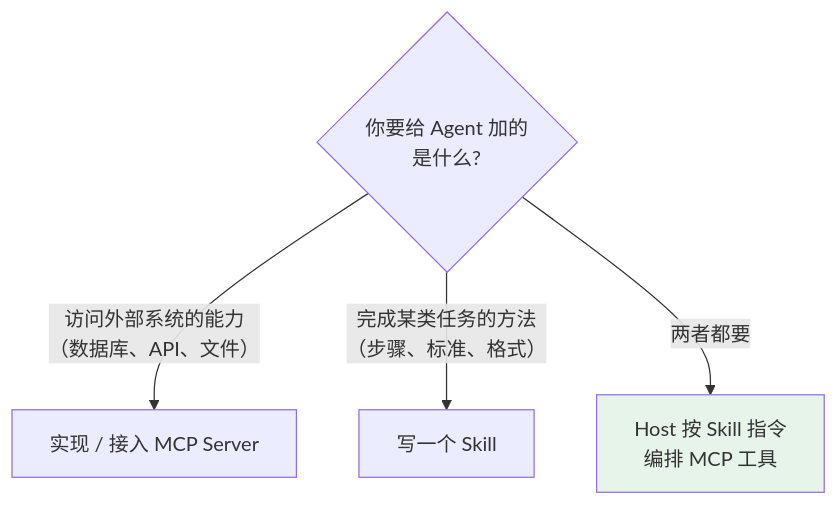
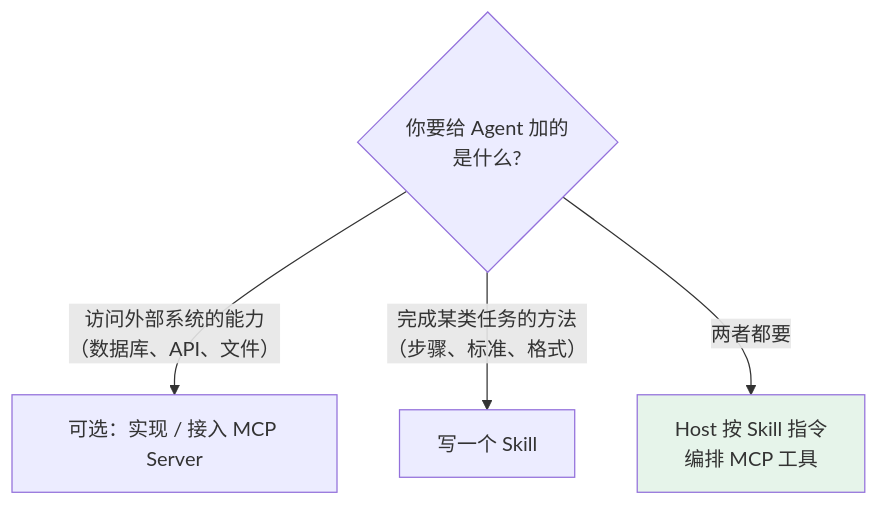
One commit to oneleaveknowsthefall/awesome-ai-roadmap changed the third of 4 diagrams in docs/tools/03-skills/09-skill-vs-mcp.md. Above: the diagram before and after it, drawn with Mermaid. The commit also changed other lines of this file and 16 other files, not shown here.

````diff
--- a/docs/tools/03-skills/09-skill-vs-mcp.md
+++ b/docs/tools/03-skills/09-skill-vs-mcp.md
@@ -105,9 +103,9 @@
 ```mermaid
 flowchart TB
     Q{"你要给 Agent 加的<br/>是什么?"}
-    Q -->|"访问外部系统的能力<br/>（数据库、API、文件）"| MCP["实现 / 接入 MCP Server"]
+    Q -->|"访问外部系统的能力<br/>（数据库、API、文件）"| MCP["可选：实现 / 接入 MCP Server"]
     Q -->|"完成某类任务的方法<br/>（步骤、标准、格式）"| SKILL["写一个 Skill"]
     Q -->|"两者都要"| BOTH["Host 按 Skill 指令<br/>编排 MCP 工具"]
 
     style BOTH fill:#e6f4ea
 ```
````
